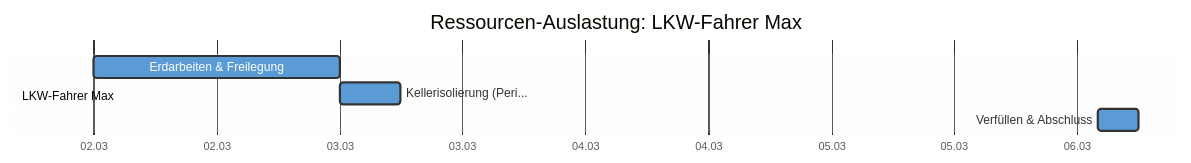
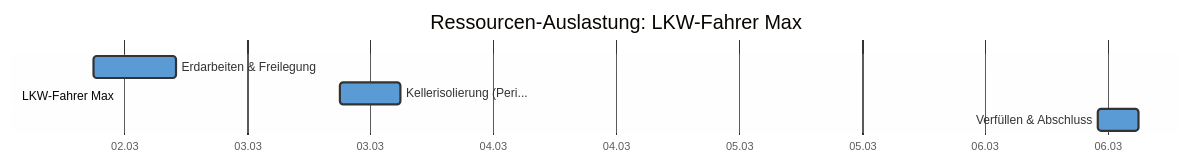
The seventh of 9 diagrams in tests/golden/fassadenbau.md (mistamichael/sproject), drawn with Mermaid before and after one commit. The commit also changed other lines of this file and 34 other files, not shown here.

````diff
--- a/tests/golden/fassadenbau.md
+++ b/tests/golden/fassadenbau.md
@@ -182,14 +182,14 @@
 ```mermaid
 %%{init: {'theme': 'base', 'themeVariables': {'taskBkgColor': '#5B9BD5', 'taskBorderColor': '#333', 'taskTextColor': '#fff'}}}%%
 gantt
     title Ressourcen-Auslastung: LKW-Fahrer Max
     dateFormat  YYYY-MM-DD HH:mm
     axisFormat  %d.%m
     excludes    weekends, 2026-01-01, 2026-01-06, 2026-04-03, 2026-04-06, 2026-05-01, 2026-05-14, 2026-05-25, 2026-06-04, 2026-08-15, 2026-10-03, 2026-11-01, 2026-12-25, 2026-12-26
 
     section LKW-Fahrer Max
 
-    Erdarbeiten & Freilegung    :t0, 2026-03-02 00:00, 2026-03-03 00:00
-    Kellerisolierung (Peri...   :t1, 2026-03-03 00:00, 2026-03-03 06:00
-    Verfüllen & Abschluss       :t2, 2026-03-06 02:00, 2026-03-06 06:00
+    Erdarbeiten & Freilegung    :t0, 2026-03-02 09:00, 2026-03-02 17:00
+    Kellerisolierung (Peri...   :t1, 2026-03-03 09:00, 2026-03-03 15:00
+    Verfüllen & Abschluss       :t2, 2026-03-06 11:00, 2026-03-06 15:00
 ```
````
